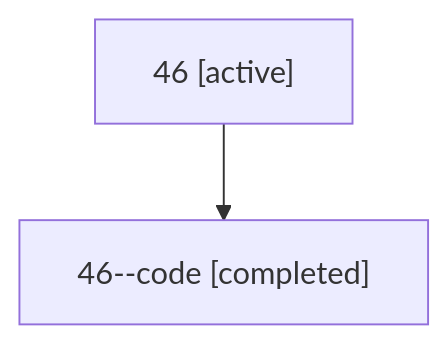
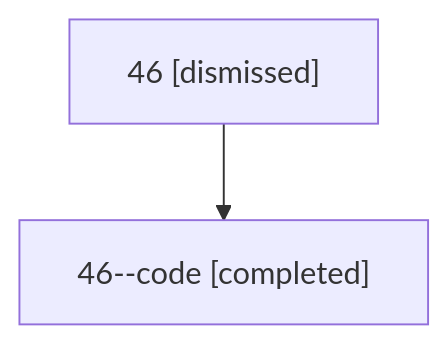
Before and after one commit to sase-org/sase--agents: the diagram in sessions/bbugyi200.athena.46.md, drawn with Mermaid. The commit also changed other lines of this file and 24 other files, not shown here.

````diff
--- a/sessions/bbugyi200.athena.46.md
+++ b/sessions/bbugyi200.athena.46.md
@@ -9,6 +9,6 @@
 ```mermaid
 flowchart TD
-  n0["46 [active]"]
+  n0["46 [dismissed]"]
   n1["46--code [completed]"]
   n0 --> n1
 ```
````
